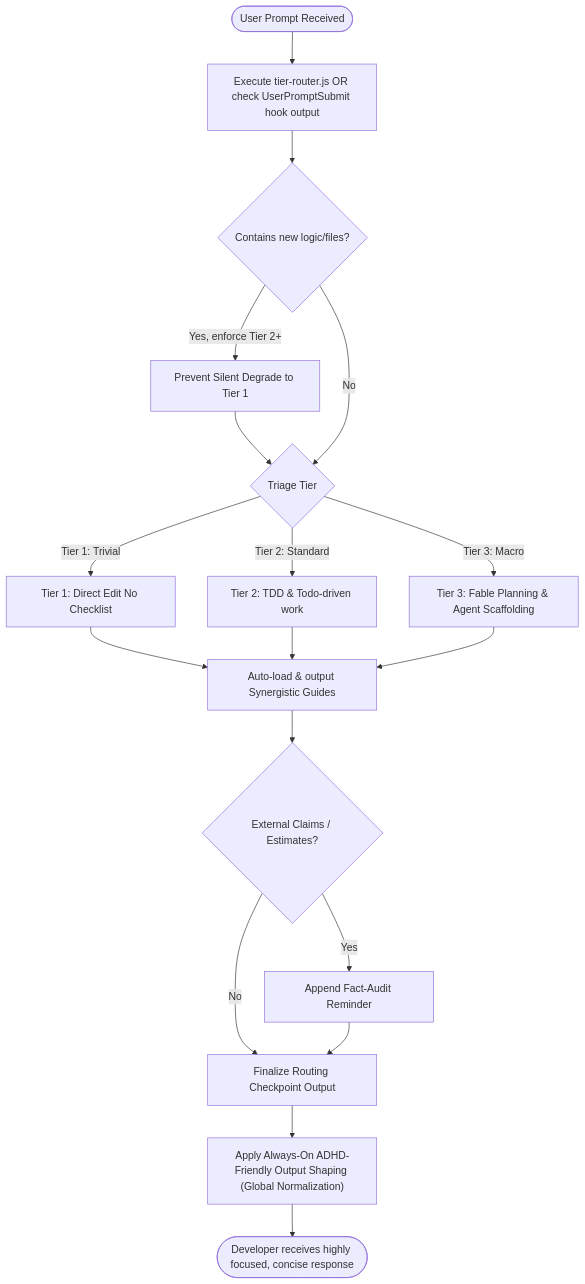
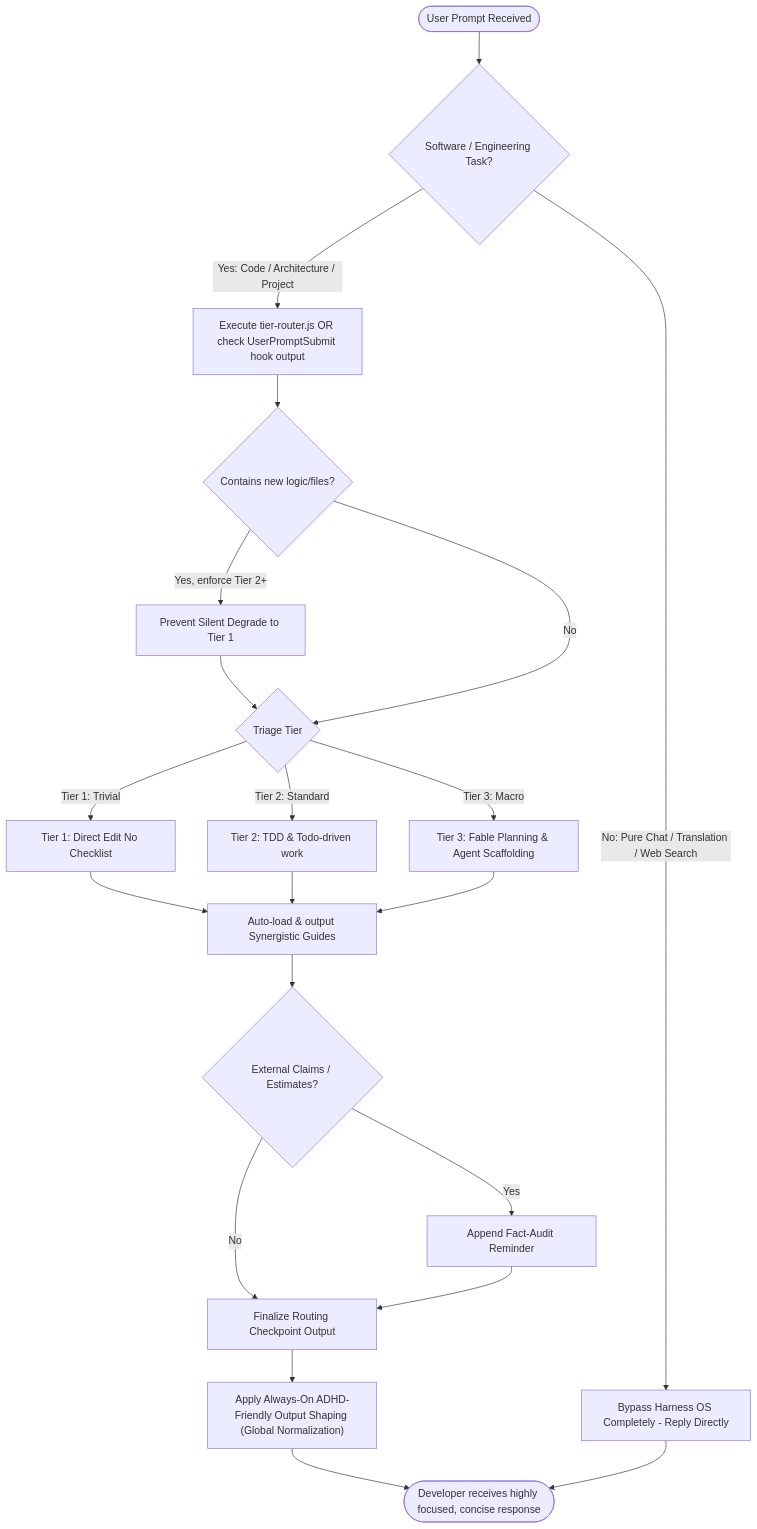
The first of 3 diagrams in docs/workflows/harness-everything.md (dyphn1/Harness-everything), drawn with Mermaid before and after one commit. The commit also changed 54 other files, not shown here.

````diff
--- a/docs/workflows/harness-everything.md
+++ b/docs/workflows/harness-everything.md
@@ -11,23 +11,26 @@
 ```mermaid
 graph TD
-  Start([User Prompt Received]) --> ExecuteRouter["Execute tier-router.js OR check UserPromptSubmit hook output"]
+  Start([User Prompt Received]) --> CheckSoftware{Software / Engineering Task?}
+  CheckSoftware -->|No: Pure Chat / Translation / Web Search| BypassHarness["Bypass Harness OS Completely - Reply Directly"]
+  CheckSoftware -->|Yes: Code / Architecture / Project| ExecuteRouter["Execute tier-router.js OR check UserPromptSubmit hook output"]
   ExecuteRouter --> DetectNewFeature{Contains new logic/files?}
   DetectNewFeature -->|Yes, enforce Tier 2+| PreventDegrade["Prevent Silent Degrade to Tier 1"]
   PreventDegrade --> TriageTier
   DetectNewFeature -->|No| TriageTier{Triage Tier}
   
   TriageTier -->|Tier 1: Trivial| Tier1Route["Tier 1: Direct Edit No Checklist"]
   TriageTier -->|Tier 2: Standard| Tier2Route["Tier 2: TDD & Todo-driven work"]
   TriageTier -->|Tier 3: Macro| Tier3Route["Tier 3: Fable Planning & Agent Scaffolding"]
   
   Tier1Route --> LoadGuides["Auto-load & output Synergistic Guides"]
   Tier2Route --> LoadGuides
   Tier3Route --> LoadGuides
   
   LoadGuides --> FactCheck{External Claims / Estimates?}
   FactCheck -->|Yes| FactReminder["Append Fact-Audit Reminder"]
   FactCheck -->|No| FinalizeOutput["Finalize Routing Checkpoint Output"]
   FactReminder --> FinalizeOutput
   FinalizeOutput --> Normalization["Apply Always-On ADHD-Friendly Output Shaping (Global Normalization)"]
   Normalization --> End([Developer receives highly focused, concise response])
+  BypassHarness --> End
 ```
````
